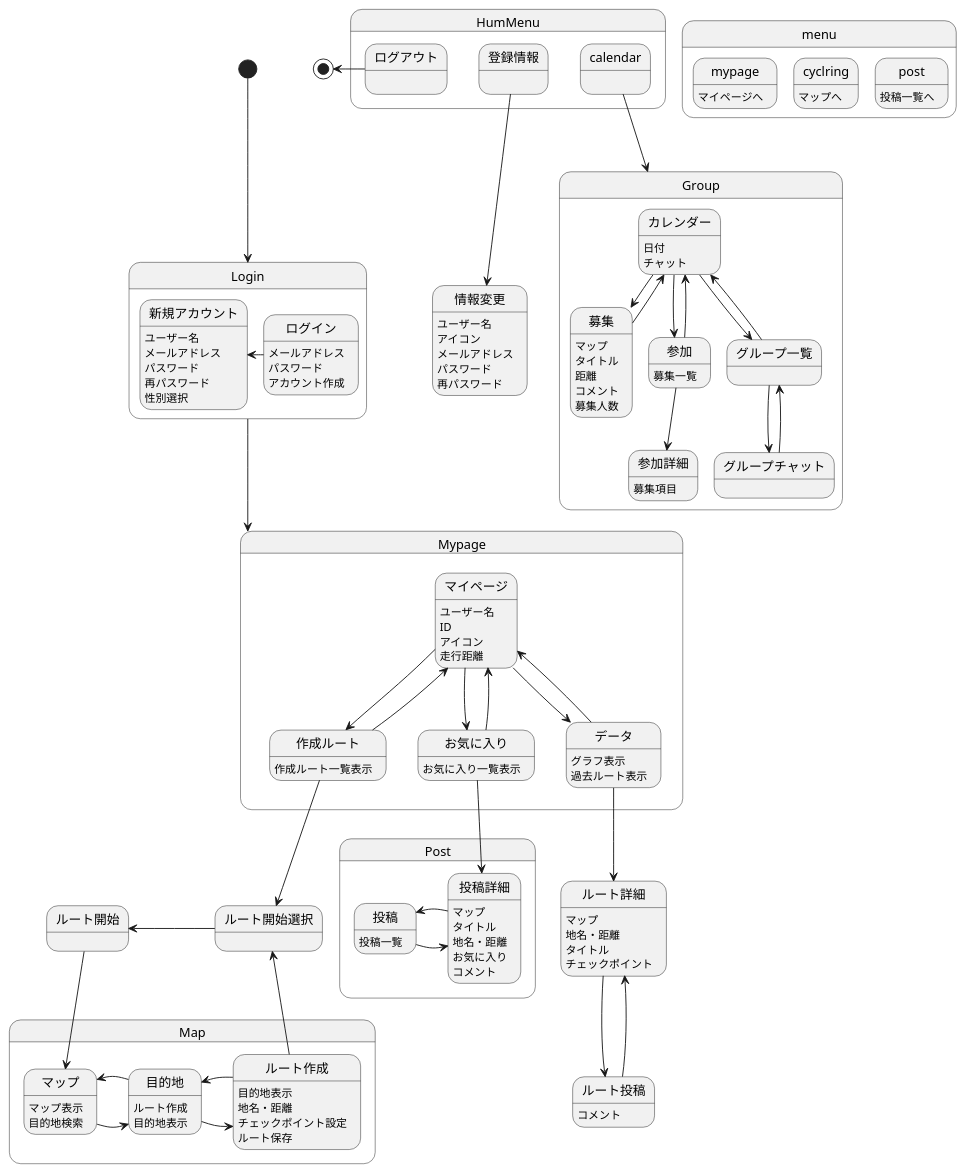
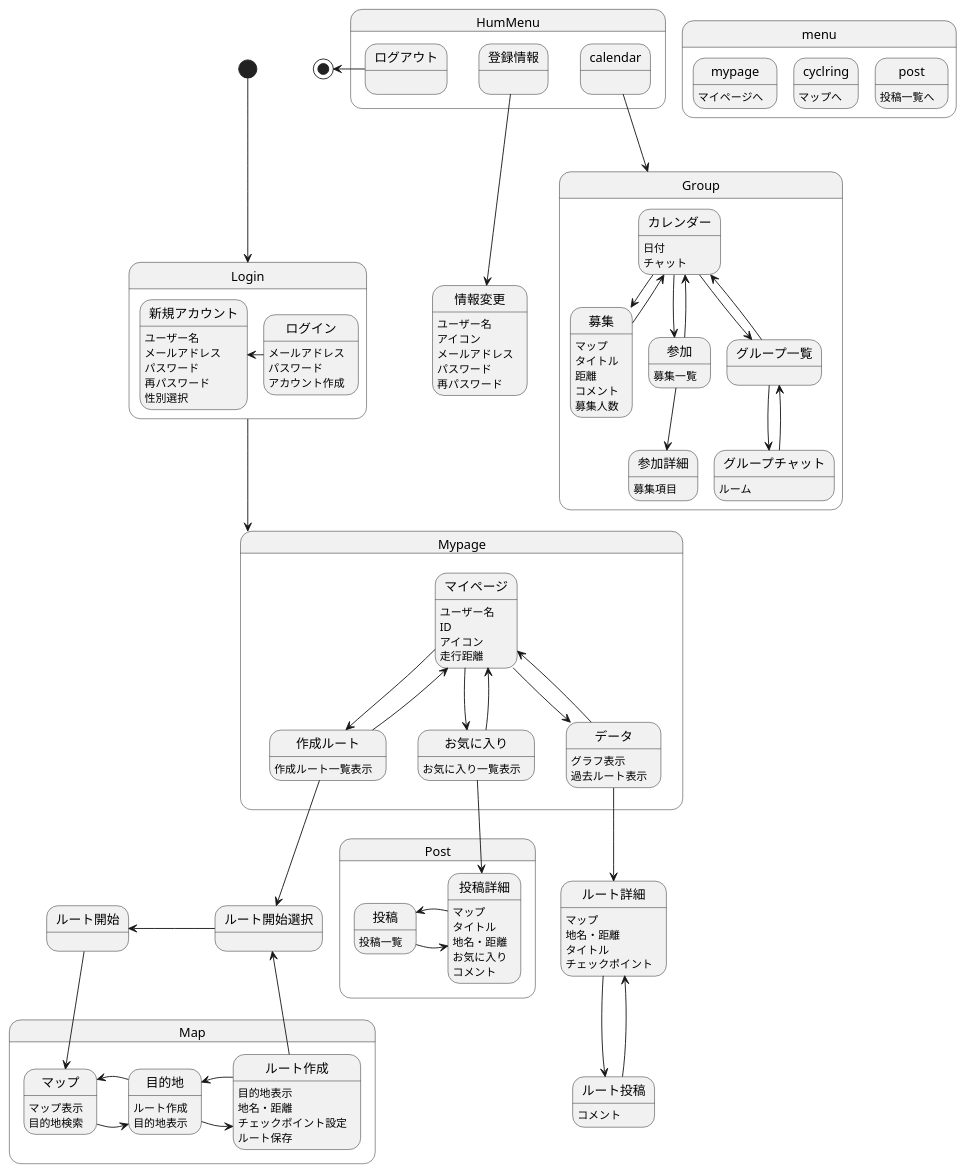
The diagram in 画面遷移図/gm.md (AsoSD3A3/CyclingSystem), drawn with PlantUML before and after one commit.

```diff
--- a/画面遷移図/gm.md
+++ b/画面遷移図/gm.md
@@ -31,6 +31,7 @@
 グループ一覧-->カレンダー
 グループ一覧-->グループチャット
 グループチャット-->グループ一覧
+グループチャット:ルーム
 募集-->カレンダー
 参加-->カレンダー
 募集:マップ
```
